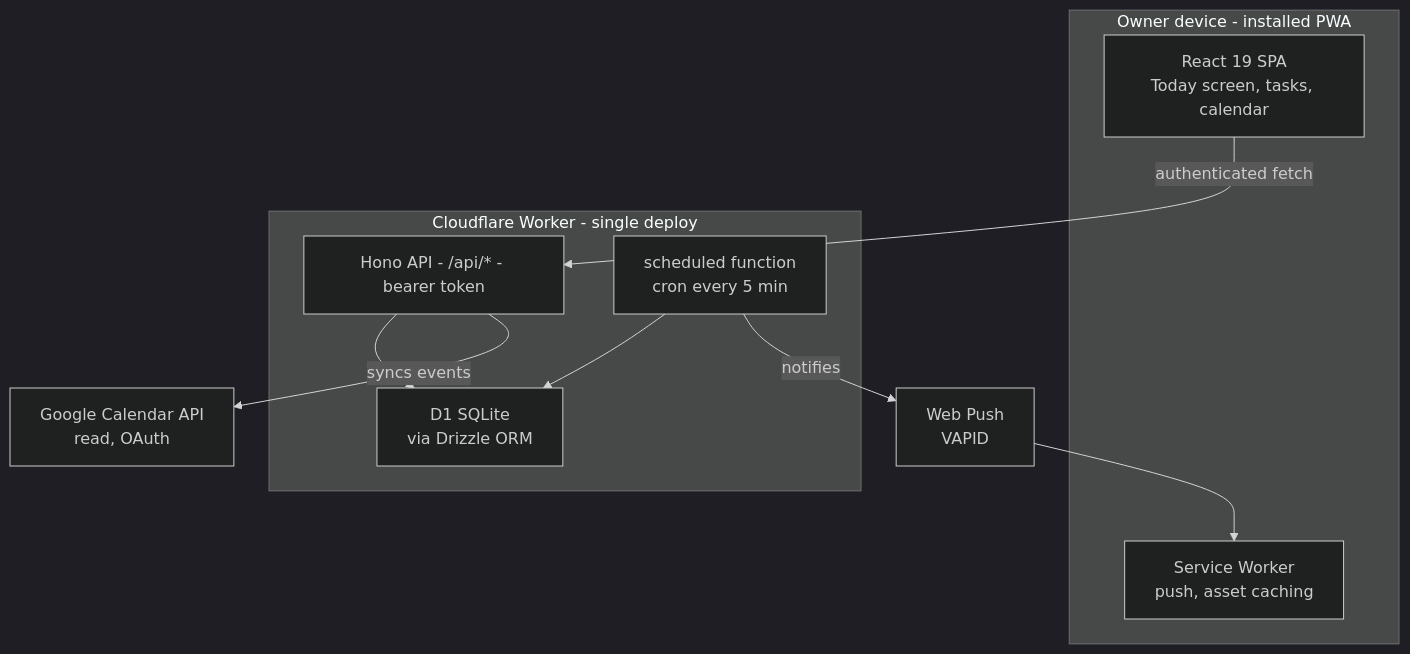
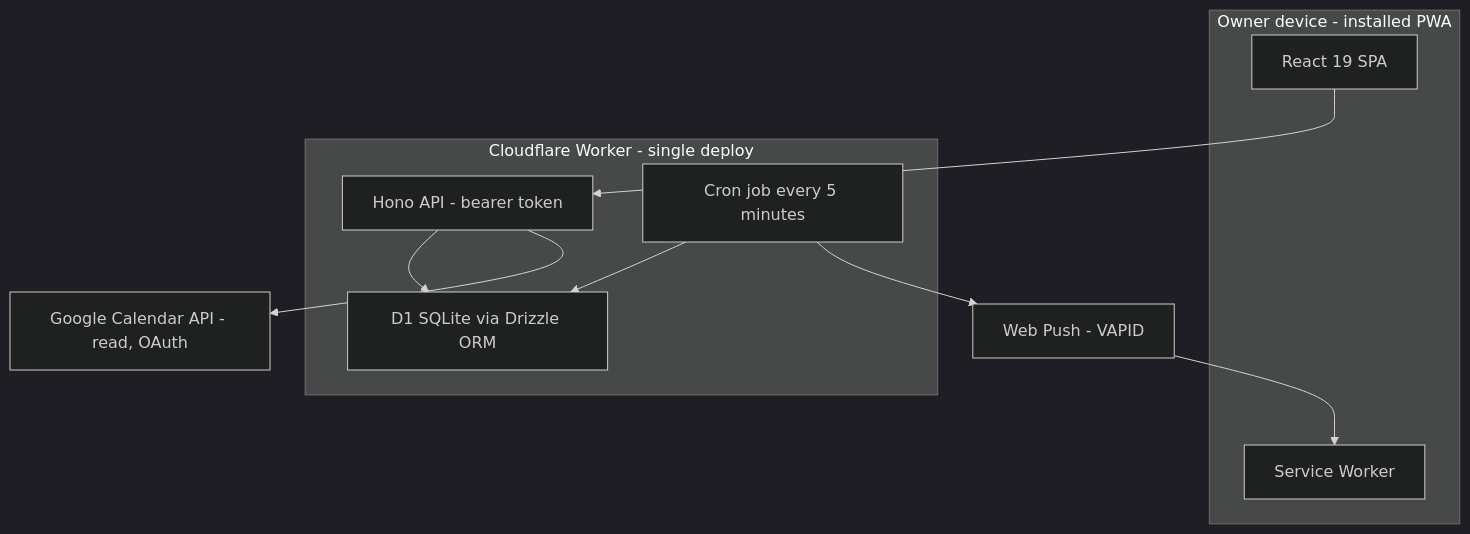
Before and after one commit to fabiombarreto/praesto-sum: the diagram in README.md, drawn with Mermaid (dark theme).

Commit message:
docs: simplify mermaid diagram further for GitHub's stricter renderer

````diff
--- a/README.md
+++ b/README.md
@@ -57,22 +57,23 @@
 ```mermaid
 flowchart TB
-    subgraph device[Owner device - installed PWA]
-        UI[React 19 SPA<br/>Today screen, tasks, calendar]
-        SW[Service Worker<br/>push, asset caching]
+    subgraph Device["Owner device - installed PWA"]
+        UI["React 19 SPA"]
+        SW["Service Worker"]
     end
 
-    subgraph cf[Cloudflare Worker - single deploy]
-        API["Hono API - /api/* - bearer token"]
-        CRON[scheduled function<br/>cron every 5 min]
-        D1[D1 SQLite<br/>via Drizzle ORM]
+    subgraph Worker["Cloudflare Worker - single deploy"]
+        API["Hono API - bearer token"]
+        CRON["Cron job every 5 minutes"]
+        D1["D1 SQLite via Drizzle ORM"]
     end
 
-    GCAL[Google Calendar API<br/>read, OAuth]
-    PUSH[Web Push<br/>VAPID]
+    GCAL["Google Calendar API - read, OAuth"]
+    PUSH["Web Push - VAPID"]
 
-    UI -->|authenticated fetch| API
+    UI --> API
     API --> D1
     CRON --> D1
-    CRON -->|notifies| PUSH --> SW
-    API -->|syncs events| GCAL
+    CRON --> PUSH
+    PUSH --> SW
+    API --> GCAL
 ```
````
